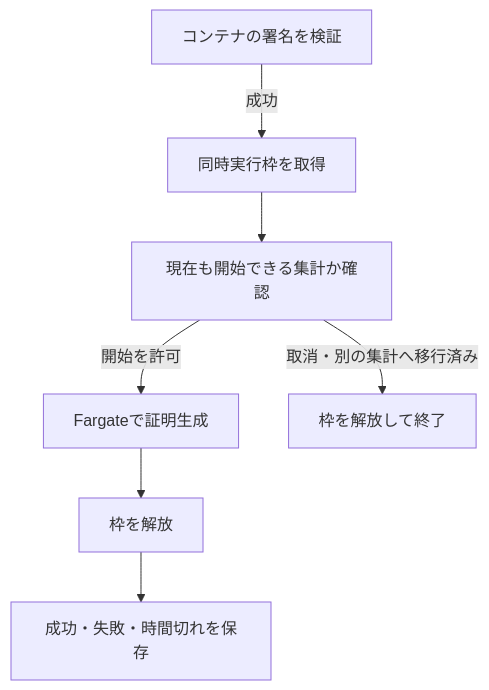
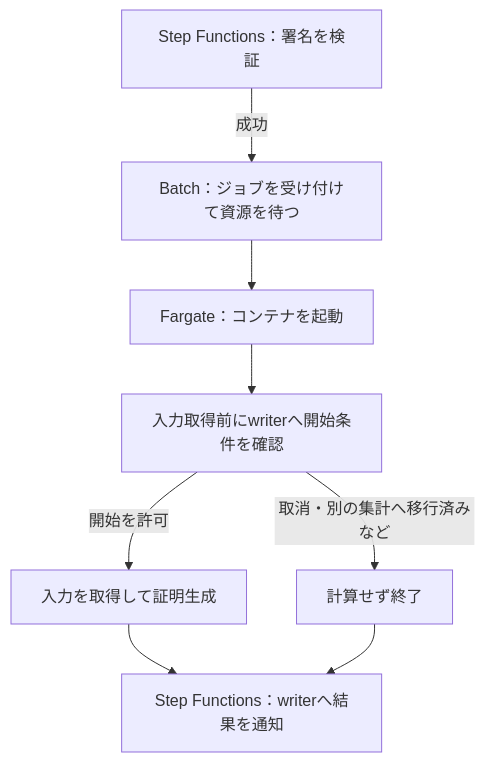
Before and after one commit to hwatanabe-jp/stark-ballot-simulator-public: the diagram in public-book/src/aws/async-prover.md, drawn with Mermaid. The commit also changed other lines of this file and 835 other files, not shown here.

````diff
--- a/public-book/src/aws/async-prover.md
+++ b/public-book/src/aws/async-prover.md
@@ -36,9 +30,10 @@
 ```mermaid
 flowchart TD
-  S["コンテナの署名を検証"] -->|成功| C["同時実行枠を取得"]
-  C --> G["現在も開始できる集計か確認"]
-  G -->|開始を許可| P["Fargateで証明生成"]
-  G -->|取消・別の集計へ移行済み| R["枠を解放して終了"]
-  P --> F["枠を解放"]
-  F --> W["成功・失敗・時間切れを保存"]
+  S["Step Functions：署名を検証"] -->|成功| B["Batch：ジョブを受け付けて資源を待つ"]
+  B --> C["Fargate：コンテナを起動"]
+  C --> G["入力取得前にwriterへ開始条件を確認"]
+  G -->|開始を許可| P["入力を取得して証明生成"]
+  G -->|取消・別の集計へ移行済みなど| E["計算せず終了"]
+  P --> W["Step Functions：writerへ結果を通知"]
+  E --> W
 ```
````
